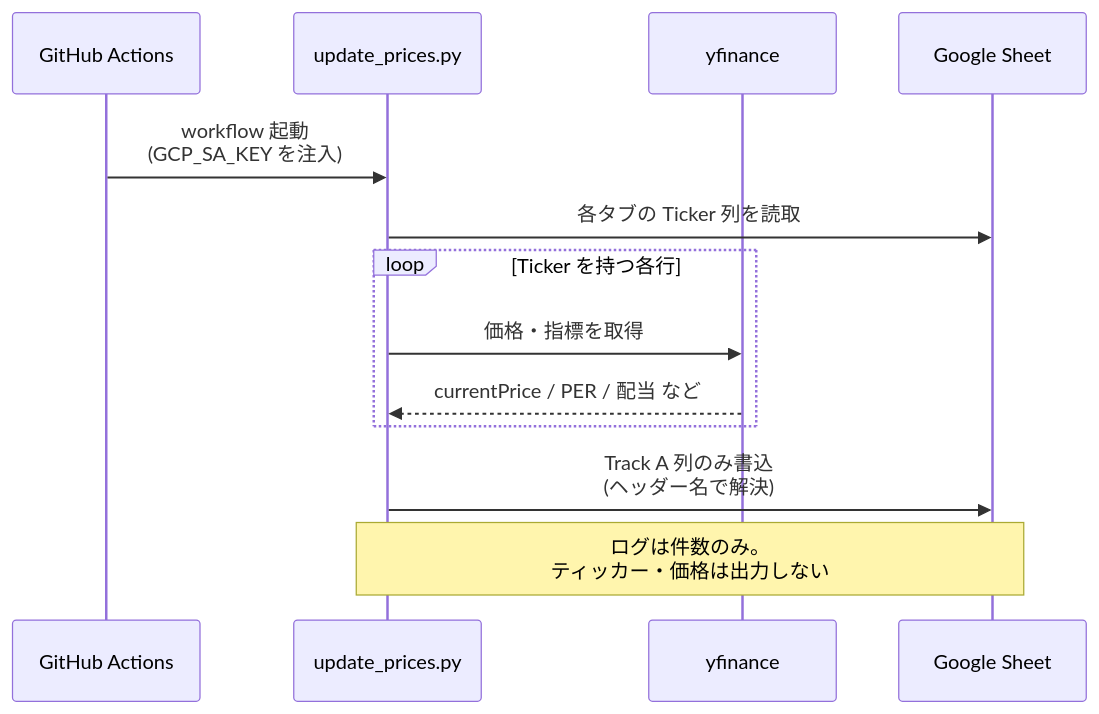
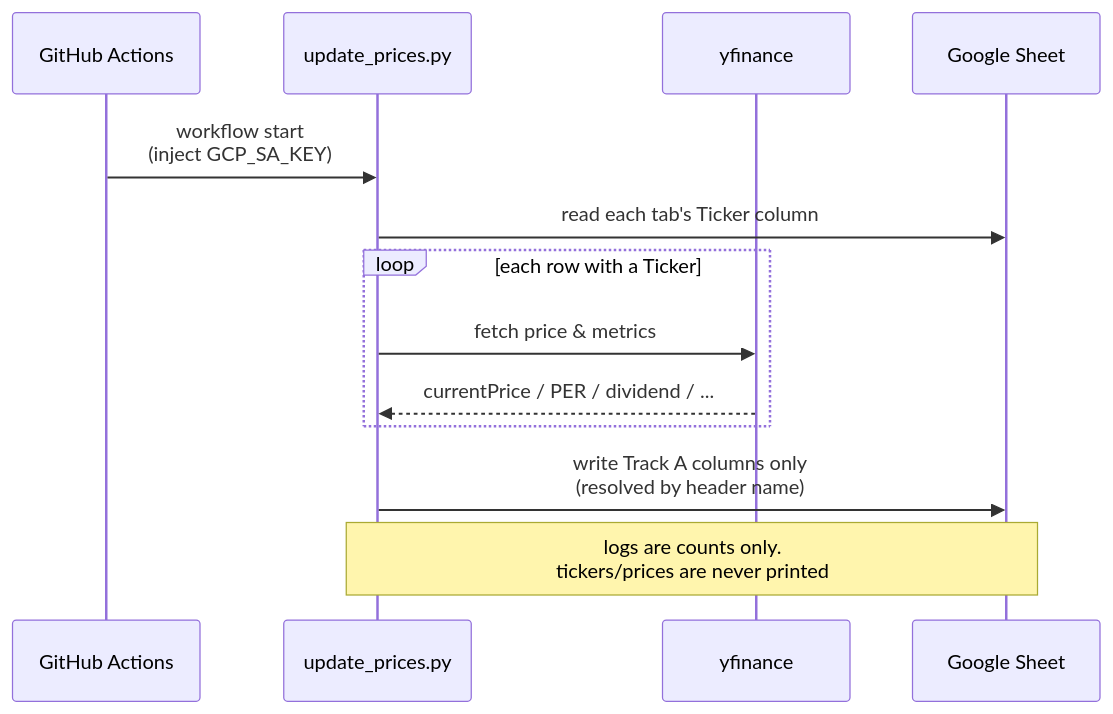
The second of 4 diagrams in README.md (cmb-sy/stock-price-sheet), drawn with Mermaid before and after one commit. The commit also changed other lines of this file and 15 other files, not shown here.

First line of the commit message:
feat: register-by-name flow, English docs, schema-aligned webapp + LICENSE

````diff
--- a/README.md
+++ b/README.md
@@ -100,16 +108,16 @@
 ```mermaid
 sequenceDiagram
     participant Cron as GitHub Actions
     participant Script as update_prices.py
     participant YF as yfinance
     participant Sheet as Google Sheet
 
-    Cron->>Script: workflow 起動<br/>(GCP_SA_KEY を注入)
-    Script->>Sheet: 各タブの Ticker 列を読取
-    loop Ticker を持つ各行
-        Script->>YF: 価格・指標を取得
-        YF-->>Script: currentPrice / PER / 配当 など
+    Cron->>Script: workflow start<br/>(inject GCP_SA_KEY)
+    Script->>Sheet: read each tab's Ticker column
+    loop each row with a Ticker
+        Script->>YF: fetch price & metrics
+        YF-->>Script: currentPrice / PER / dividend / ...
     end
-    Script->>Sheet: Track A 列のみ書込<br/>(ヘッダー名で解決)
-    Note over Script,Sheet: ログは件数のみ。<br/>ティッカー・価格は出力しない
+    Script->>Sheet: write Track A columns only<br/>(resolved by header name)
+    Note over Script,Sheet: logs are counts only.<br/>tickers/prices are never printed
 ```
````
